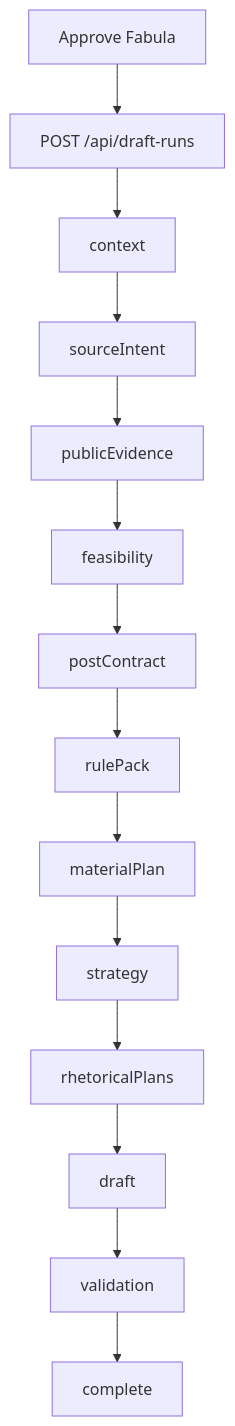
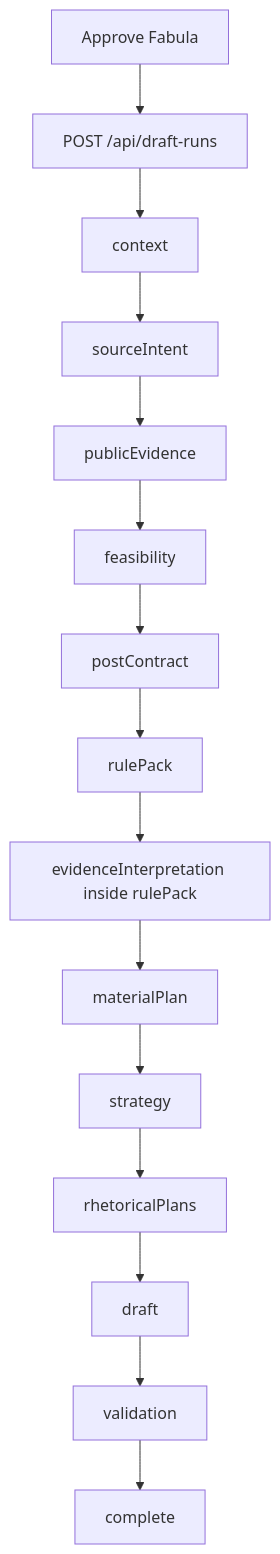
One commit to mudrezzz/glavred changed the second of 4 diagrams in docs/architecture/DRAFT_RUN_PIPELINE_AS_IS.md. Above: the diagram before and after it, drawn with Mermaid. The commit also changed other lines of this file and 23 other files, not shown here.

Commit message:
feat: add evidence interpretation layer

````diff
--- a/docs/architecture/DRAFT_RUN_PIPELINE_AS_IS.md
+++ b/docs/architecture/DRAFT_RUN_PIPELINE_AS_IS.md
@@ -61,16 +62,17 @@
 ```mermaid
 flowchart TD
   A[Approve Fabula] --> B[POST /api/draft-runs]
   B --> C[context]
   C --> D[sourceIntent]
   D --> E[publicEvidence]
   E --> F[feasibility]
   F --> G[postContract]
   G --> H[rulePack]
-  H --> I[materialPlan]
+  H --> H2[evidenceInterpretation inside rulePack]
+  H2 --> I[materialPlan]
   I --> J[strategy]
   J --> K[rhetoricalPlans]
   K --> L[draft]
   L --> M[validation]
   M --> N[complete]
 ```
````
